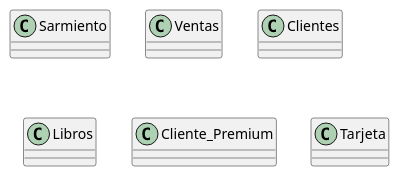
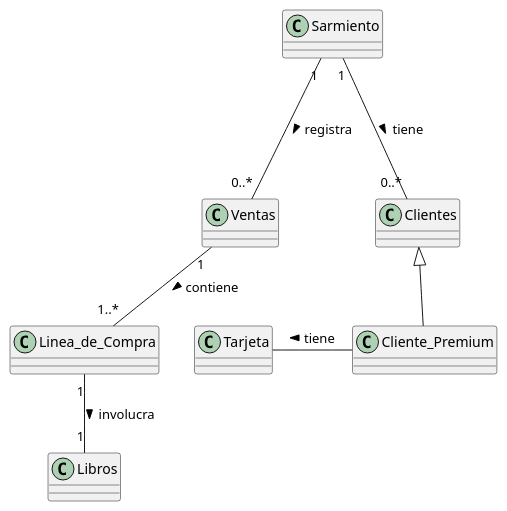
The second of 2 diagrams in 1-Repaso recuperatorio/Repaso Recuperatorio.md (Z0SO/UML-Practice), drawn with PlantUML before and after one commit.

Commit message:
bkp -> 2024-08-11 19:15:51

````diff
--- a/1-Repaso recuperatorio/Repaso Recuperatorio.md
+++ b/1-Repaso recuperatorio/Repaso Recuperatorio.md
@@ -119,43 +119,68 @@
 ```plantuml
 
 @startuml
 
-skinparam linetype ortho
+'skinparam linetype ortho
 
 ' las clases son las siguientes
 ' Sarmiento
 ' ventas 
 ' clientes
 ' libros
 ' cliente Premium
 ' tarjeta
 
 
 class sistema as "Sarmiento" {
+
+
 }
 
 class ventas as "Ventas" {
 }
 
 class clientes as "Clientes" {
 }
 
 class libros as "Libros" {
 }
 
 class cliente_premium as "Cliente_Premium" {
 }
 
 class tarjeta as "Tarjeta" {
 }
 
 
+class linea_de_compra as "Linea_de_Compra" {
+}
 
 
+
+' relaciones
+
+'SISTEMA'
+sistema "1" --- "0..*" ventas: > registra
+sistema "1" --- "0..*" clientes: > tiene
+
+
+'VENTAS'
+ventas "1" -- "1..*" linea_de_compra: > contiene
+
+'LINEA DE COMPRA'
+linea_de_compra "1" -- "1" libros: > involucra
+
+
+
+
+' RELACIONES DE CLIENTES
+clientes <|-- cliente_premium
+
+cliente_premium -left- tarjeta: > tiene
 
 
 
 @enduml
 
 
 ```
````
